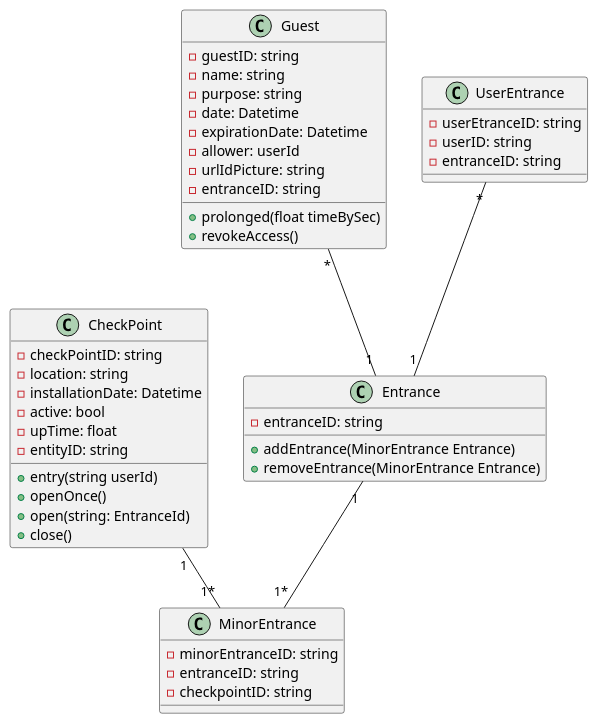
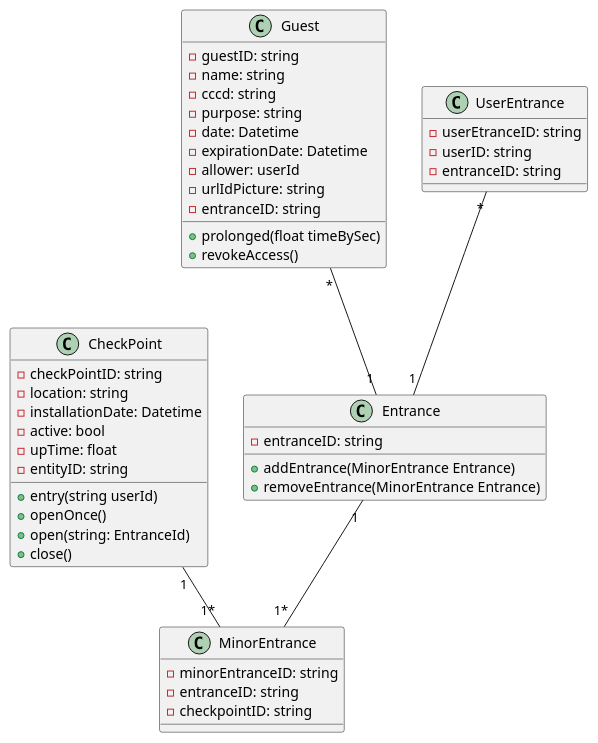
One commit to QuickyBooster/SE357-Pratice-class changed the diagram in Lab1/Lab1.2/Class Diagram/Quản lý ra vào.puml. Above: the diagram before and after it, drawn with PlantUML. The commit also changed 7 other files, not shown here.

```diff
--- a/Lab1/Lab1.2/Class Diagram/Quản lý ra vào.puml
+++ b/Lab1/Lab1.2/Class Diagram/Quản lý ra vào.puml
@@ -1,46 +1,47 @@
 @startuml
 class CheckPoint{
     - checkPointID: string
     - location: string
     - installationDate: Datetime
     - active: bool
     - upTime: float
     - entityID: string
     + entry(string userId)
     + openOnce()
     + open(string: EntranceId)
     + close()
 }
 class Guest{
     - guestID: string
     - name: string
+    - cccd: string
     - purpose: string
     - date: Datetime
     - expirationDate: Datetime
     - allower: userId
     - urlIdPicture: string
     - entranceID: string
     + prolonged(float timeBySec)
     + revokeAccess()
 }
 class Entrance{
     - entranceID: string
     + addEntrance(MinorEntrance Entrance)
     + removeEntrance(MinorEntrance Entrance)
 }
 class MinorEntrance{
     - minorEntranceID: string
     - entranceID: string
     - checkpointID: string
 }
 class UserEntrance{
     - userEtranceID: string
     - userID: string
     - entranceID: string
 }
 Entrance "1"--"1*" MinorEntrance
 CheckPoint "1"--"1*" MinorEntrance
 Guest "*"--"1" Entrance
 UserEntrance "*"--"1" Entrance
 
 @enduml
```
